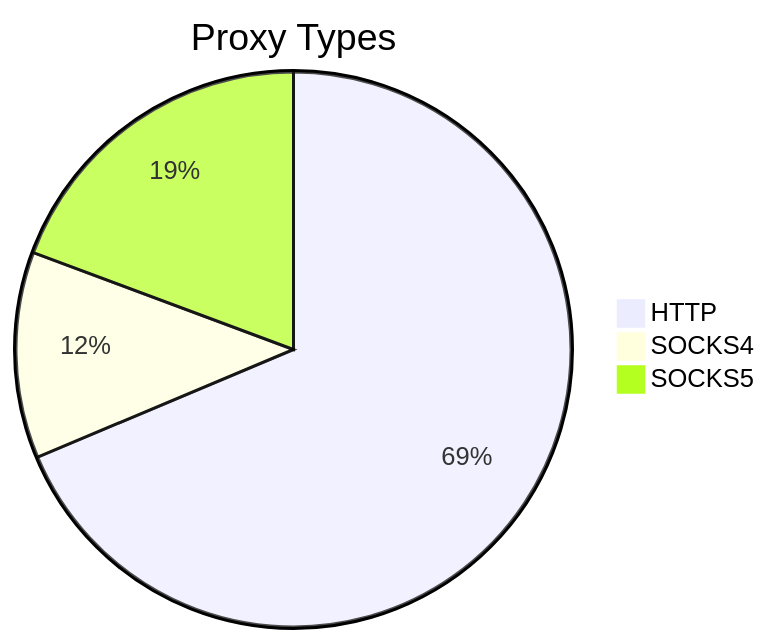
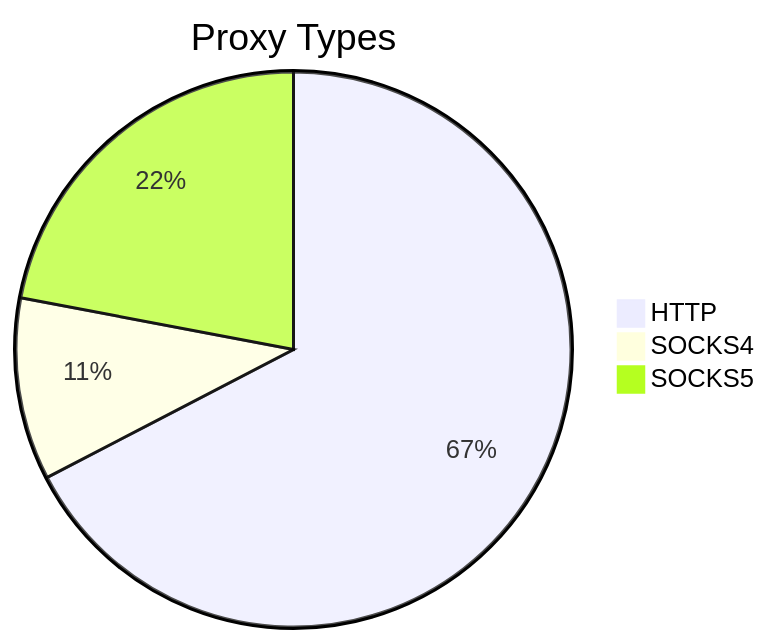
One commit to stormsia/proxy-list changed the first of 2 diagrams in README.md. Above: the diagram before and after it, drawn with Mermaid. The commit also changed other lines of this file, not shown here.

````diff
--- a/README.md
+++ b/README.md
@@ -21,6 +21,6 @@
 ```mermaid
 pie title Proxy Types
-    "HTTP" : 366
-    "SOCKS4" : 64
-    "SOCKS5" : 103
+    "HTTP" : 254
+    "SOCKS4" : 40
+    "SOCKS5" : 83
 ```
````
